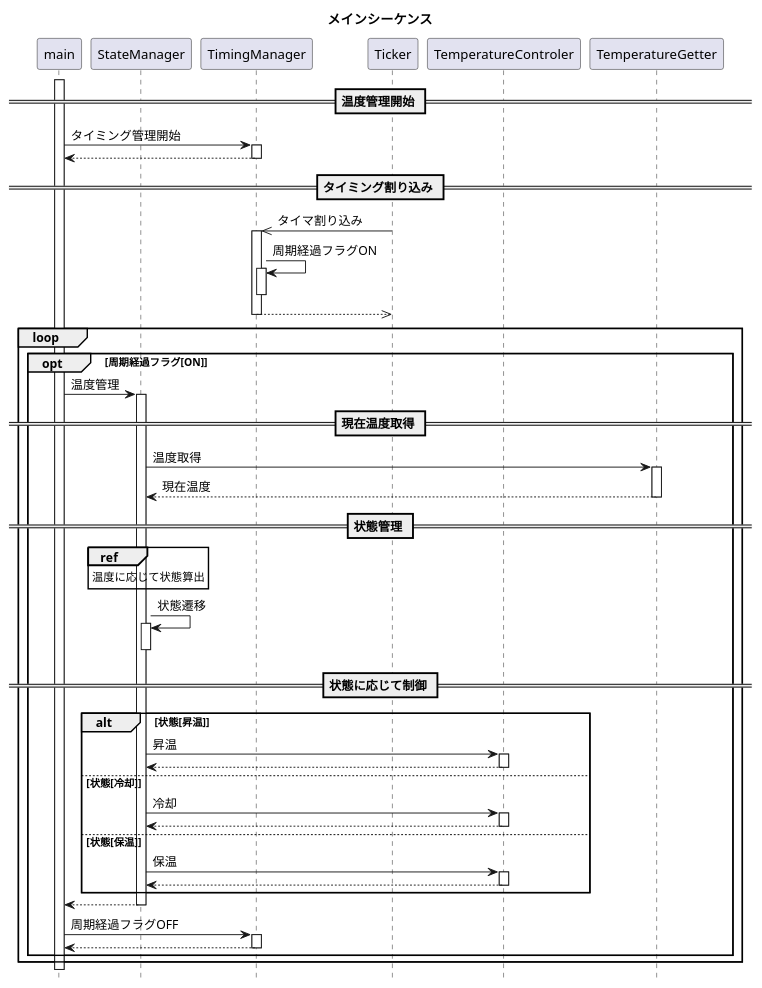
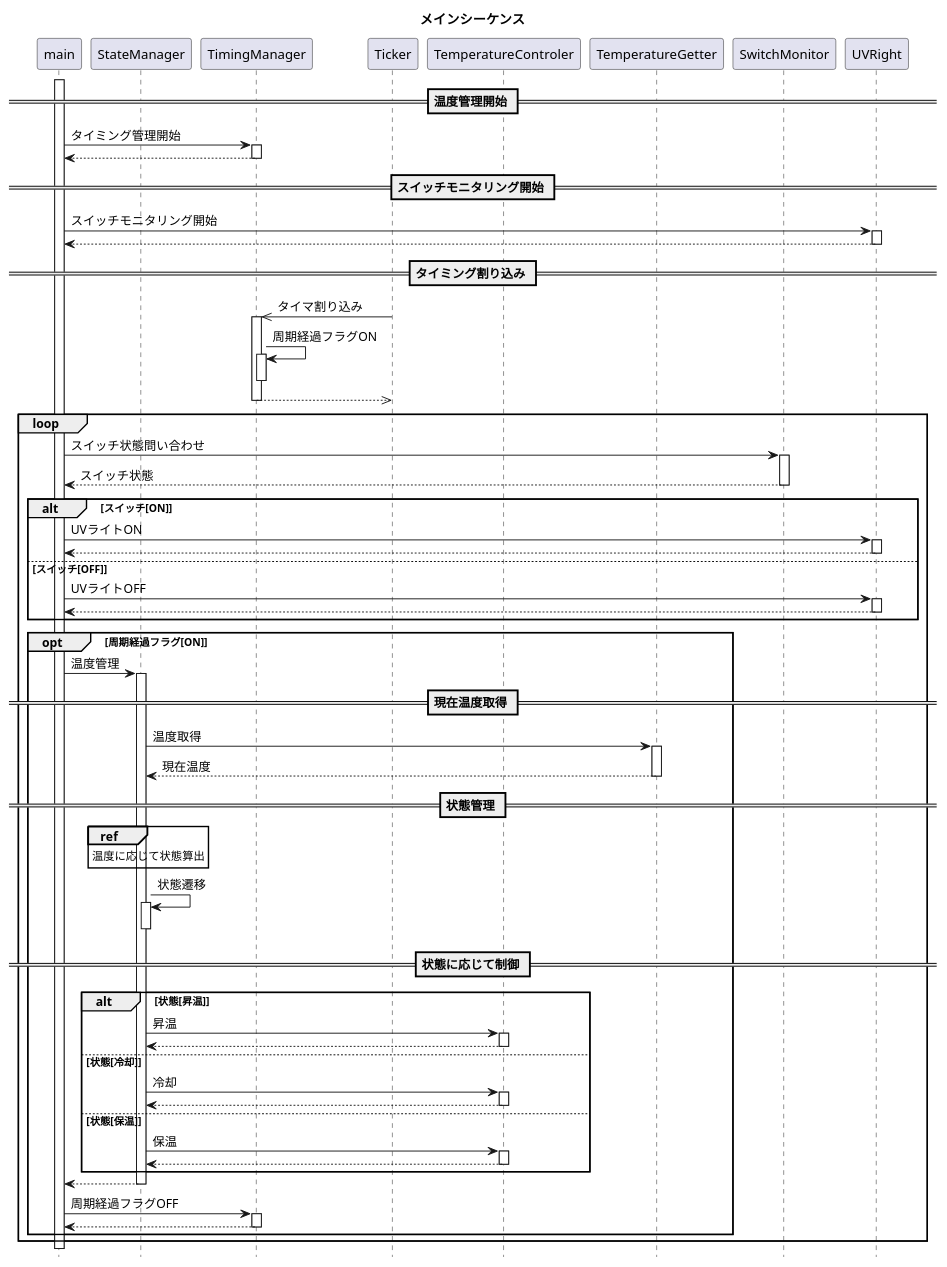
One commit to goheisystem/softwareDocuments changed the diagram in UML/sequence/mainsequence.plantuml. Above: the diagram before and after it, drawn with PlantUML. The commit also changed 2 other files, not shown here.

```diff
--- a/UML/sequence/mainsequence.plantuml
+++ b/UML/sequence/mainsequence.plantuml
@@ -1,79 +1,104 @@
 @startuml
 
 hide footbox
 
 title メインシーケンス
 
 
 participant "main" as FuncMain
 participant "StateManager" as ClassStateManager
 participant "TimingManager" as ClassTimingManager
 participant "Ticker" as ClassTicker
 participant "TemperatureControler" as ClassTemperatureControler
 participant "TemperatureGetter" as ClassTemperatureGetter
+participant "SwitchMonitor" as ClassSwitchMonitor
+participant "UVRight" as ClassUVRight
 
 activate FuncMain
 
 == 温度管理開始 ==
 
 FuncMain -> ClassTimingManager : タイミング管理開始
   activate ClassTimingManager
 FuncMain <-- ClassTimingManager
   deactivate ClassTimingManager
 
+== スイッチモニタリング開始 ==
+FuncMain -> ClassUVRight : スイッチモニタリング開始
+  activate ClassUVRight
+FuncMain <-- ClassUVRight
+  deactivate ClassUVRight
 
 == タイミング割り込み ==
 ClassTimingManager <<- ClassTicker : タイマ割り込み
   activate ClassTimingManager
 ClassTimingManager -> ClassTimingManager : 周期経過フラグON
   activate ClassTimingManager
   deactivate ClassTimingManager
 ClassTimingManager -->> ClassTicker
   deactivate ClassTimingManager
 
 loop
+  FuncMain -> ClassSwitchMonitor : スイッチ状態問い合わせ
+    activate ClassSwitchMonitor
+  FuncMain <-- ClassSwitchMonitor : スイッチ状態
+    deactivate ClassSwitchMonitor
+
+  alt スイッチ[ON]
+    FuncMain -> ClassUVRight : UVライトON
+      activate ClassUVRight
+    FuncMain <-- ClassUVRight
+      deactivate ClassUVRight
+  else スイッチ[OFF]
+    FuncMain -> ClassUVRight : UVライトOFF
+      activate ClassUVRight
+    FuncMain <-- ClassUVRight
+      deactivate ClassUVRight
+  end
+
+
   opt 周期経過フラグ[ON]
   FuncMain -> ClassStateManager : 温度管理
     activate ClassStateManager
     == 現在温度取得 ==
     ClassStateManager -> ClassTemperatureGetter : 温度取得
       activate ClassTemperatureGetter
     ClassStateManager <-- ClassTemperatureGetter : 現在温度
       deactivate ClassTemperatureGetter
 
     == 状態管理 ==
     ref over ClassStateManager : 温度に応じて状態算出
 
     ClassStateManager -> ClassStateManager : 状態遷移
       activate ClassStateManager
       deactivate ClassStateManager
 
     == 状態に応じて制御 ==
     alt 状態[昇温]
       ClassStateManager -> ClassTemperatureControler : 昇温
         activate ClassTemperatureControler
       ClassStateManager <-- ClassTemperatureControler
         deactivate ClassTemperatureControler
     else 状態[冷却]
       ClassStateManager -> ClassTemperatureControler : 冷却
         activate ClassTemperatureControler
       ClassStateManager <-- ClassTemperatureControler
         deactivate ClassTemperatureControler
     else 状態[保温]
       ClassStateManager -> ClassTemperatureControler : 保温
         activate ClassTemperatureControler
       ClassStateManager <-- ClassTemperatureControler
         deactivate ClassTemperatureControler
     end
 
 
     FuncMain <-- ClassStateManager
       deactivate ClassStateManager
 
     FuncMain -> ClassTimingManager :  周期経過フラグOFF
       activate ClassTimingManager
     FuncMain <-- ClassTimingManager
       deactivate ClassTimingManager
   end
 end
 @enduml
```
